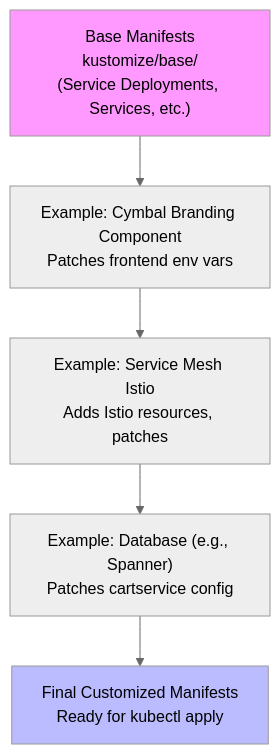
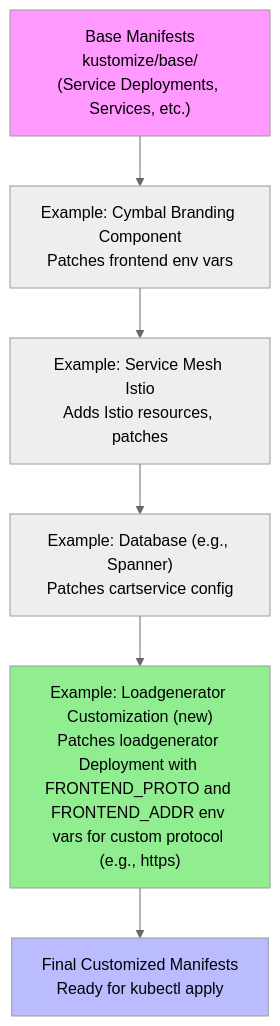
One commit to gauravagerwala/microservices-demo changed the second of 2 diagrams in .exp/design-workflow-4-kustomize-customization-and-deployment.md. Above: the diagram before and after it, drawn with Mermaid (neutral theme). The commit also changed other lines of this file and 5 other files, not shown here.

Commit message:
Update design for PR #2775: feat(loadgenerator): allow customizing frontend protocol

````diff
--- a/.exp/design-workflow-4-kustomize-customization-and-deployment.md
+++ b/.exp/design-workflow-4-kustomize-customization-and-deployment.md
@@ -102,16 +102,19 @@
 ```mermaid
 flowchart TD
     Base["Base Manifests<br/>kustomize/base/<br/>(Service Deployments, Services, etc.)"]
     Comp1["Example: Cymbal Branding Component<br/>Patches frontend env vars"]
     Comp2["Example: Service Mesh Istio<br/>Adds Istio resources, patches"]
     Comp3["Example: Database (e.g., Spanner)<br/>Patches cartservice config"]
+    CompLG["Example: Loadgenerator Customization (new)<br/>Patches loadgenerator Deployment with FRONTEND_PROTO and FRONTEND_ADDR env vars for custom protocol (e.g., https)"]
     Final["Final Customized Manifests<br/>Ready for kubectl apply"]
 
     Base --> Comp1
     Comp1 --> Comp2
     Comp2 --> Comp3
-    Comp3 --> Final
+    Comp3 --> CompLG
+    CompLG --> Final
 
     style Base fill:#f9f
     style Final fill:#bbf
+    style CompLG fill:#90ee90
 ```
````
